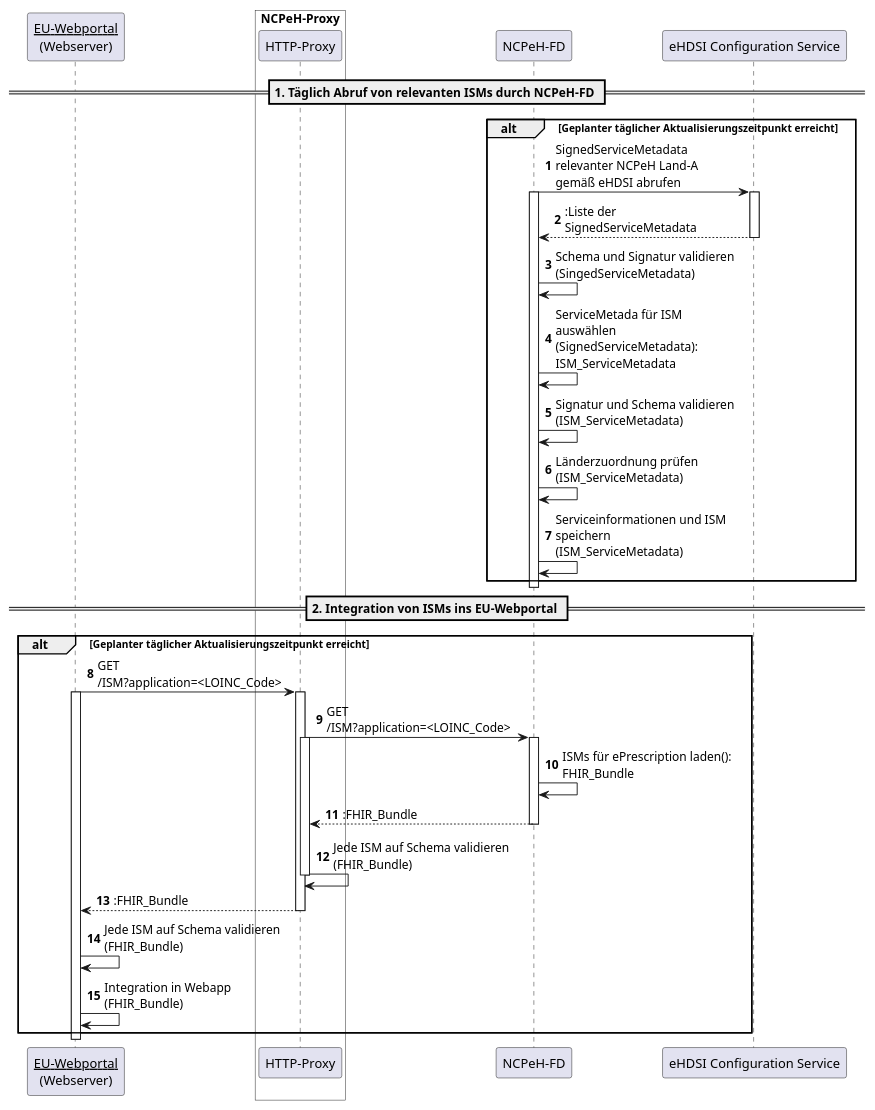
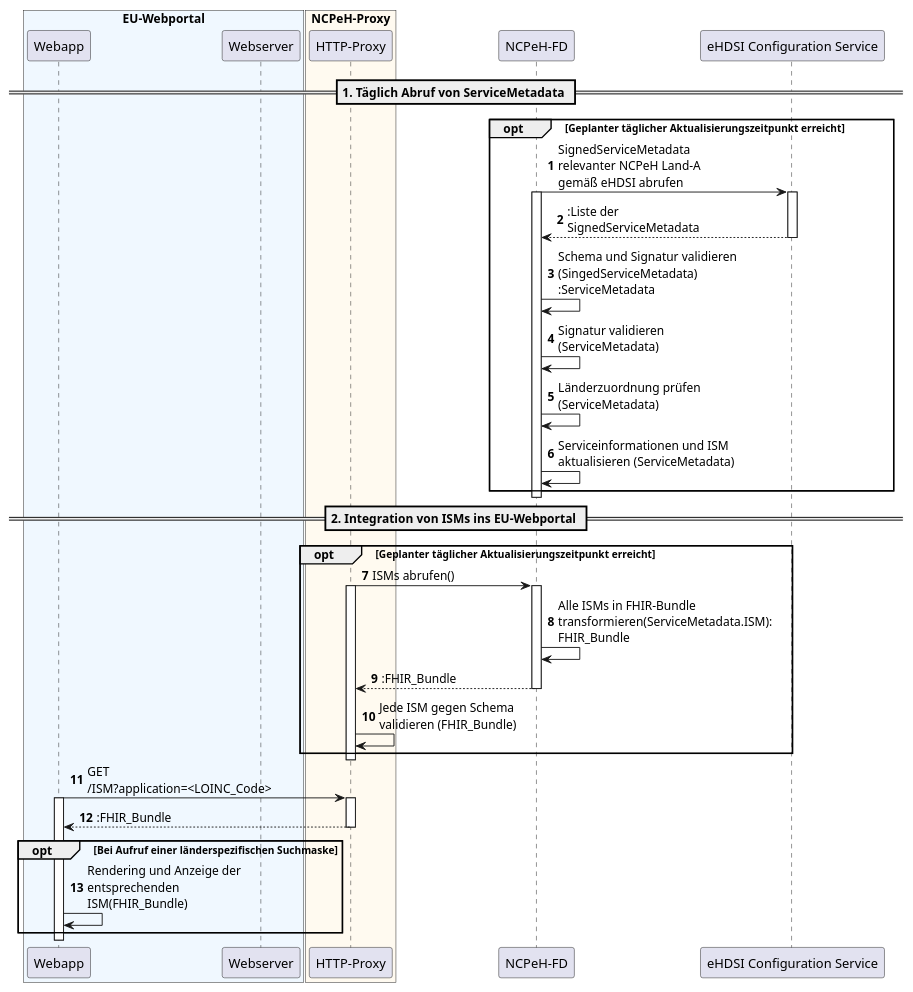
One commit to gematik/api-ncpeh changed the diagram in src/images/eped-b/puml/ISM_bereitstellen.puml. Above: the diagram before and after it, drawn with PlantUML. The commit also changed 1 other file, not shown here.

```diff
--- a/src/images/eped-b/puml/ISM_bereitstellen.puml
+++ b/src/images/eped-b/puml/ISM_bereitstellen.puml
@@ -1,56 +1,61 @@
 @startuml ISM bereiststellen
 
 skinparam maxMessageSize 200
 autonumber
 
  
-participant "__EU-Webportal__\n(Webserver)" as Webportal
-box "NCPeH-Proxy" #White
+'participant "__EU-Webportal__\n(Webserver)" as Webportal
+
+box "EU-Webportal" #AliceBlue
+    participant "Webapp" as WebApp
+    participant "Webserver" as Webserver
+end box
+
+box "NCPeH-Proxy" #FloralWhite
     participant "HTTP-Proxy" as Proxy
 end box
 participant "NCPeH-FD" as NCPeH
 participant "eHDSI Configuration Service" as ConfServ
 
-== 1. Täglich Abruf von relevanten ISMs durch NCPeH-FD ==
-alt Geplanter täglicher Aktualisierungszeitpunkt erreicht
+== 1. Täglich Abruf von ServiceMetadata ==
+opt Geplanter täglicher Aktualisierungszeitpunkt erreicht
     NCPeH -> ConfServ: SignedServiceMetadata relevanter NCPeH Land-A gemäß eHDSI abrufen
     activate NCPeH 
     activate ConfServ
 
     ConfServ --> NCPeH: :Liste der SignedServiceMetadata
     deactivate ConfServ
 
-    NCPeH -> NCPeH: Schema und Signatur validieren (SingedServiceMetadata)
-    NCPeH -> NCPeH: ServiceMetada für ISM auswählen (SignedServiceMetadata): ISM_ServiceMetadata
-    NCPeH -> NCPeH: Signatur und Schema validieren (ISM_ServiceMetadata)
-    NCPeH -> NCPeH: Länderzuordnung prüfen (ISM_ServiceMetadata)
-    NCPeH -> NCPeH: Serviceinformationen und ISM speichern (ISM_ServiceMetadata)
+    NCPeH -> NCPeH: Schema und Signatur validieren (SingedServiceMetadata) :ServiceMetadata
+    NCPeH -> NCPeH: Signatur validieren (ServiceMetadata)
+    NCPeH -> NCPeH: Länderzuordnung prüfen (ServiceMetadata)
+    NCPeH -> NCPeH: Serviceinformationen und ISM aktualisieren (ServiceMetadata)
 end
 deactivate NCPeH
 
+== 2. Integration von ISMs ins EU-Webportal ==
+opt Geplanter täglicher Aktualisierungszeitpunkt erreicht
+    
+    
+    Proxy -> NCPeH: ISMs abrufen()
+    activate Proxy
+    activate NCPeH
+    NCPeH -> NCPeH: Alle ISMs in FHIR-Bundle transformieren(ServiceMetadata.ISM): FHIR_Bundle
+    NCPeH --> Proxy: :FHIR_Bundle
+    deactivate NCPeH
+    Proxy -> Proxy: Jede ISM gegen Schema validieren (FHIR_Bundle)
+end
+deactivate Proxy
+
+WebApp -> Proxy: GET /ISM?application=<LOINC_Code>
+activate WebApp
+activate Proxy
+Proxy --> WebApp: :FHIR_Bundle
+deactivate Proxy
+    
+opt Bei Aufruf einer länderspezifischen Suchmaske
+    WebApp -> WebApp: Rendering und Anzeige der entsprechenden ISM(FHIR_Bundle)
+end
 
 
-== 2. Integration von ISMs ins EU-Webportal ==
-alt Geplanter täglicher Aktualisierungszeitpunkt erreicht
-    Webportal -> Proxy: GET /ISM?application=<LOINC_Code>
-    activate Webportal
-    activate Proxy
-    
-    Proxy -> NCPeH: GET /ISM?application=<LOINC_Code>
-    activate Proxy
-    activate NCPeH
-    NCPeH -> NCPeH: ISMs für ePrescription laden(): FHIR_Bundle
-    NCPeH --> Proxy: :FHIR_Bundle
-    deactivate NCPeH
-    Proxy -> Proxy: Jede ISM auf Schema validieren (FHIR_Bundle)
-    deactivate Proxy
-
-    
-    Proxy --> Webportal: :FHIR_Bundle
-    deactivate Proxy
-    Webportal -> Webportal: Jede ISM auf Schema validieren (FHIR_Bundle) 
-    Webportal -> Webportal: Integration in Webapp (FHIR_Bundle)
-end
-deactivate Webportal
-
 @enduml
```
